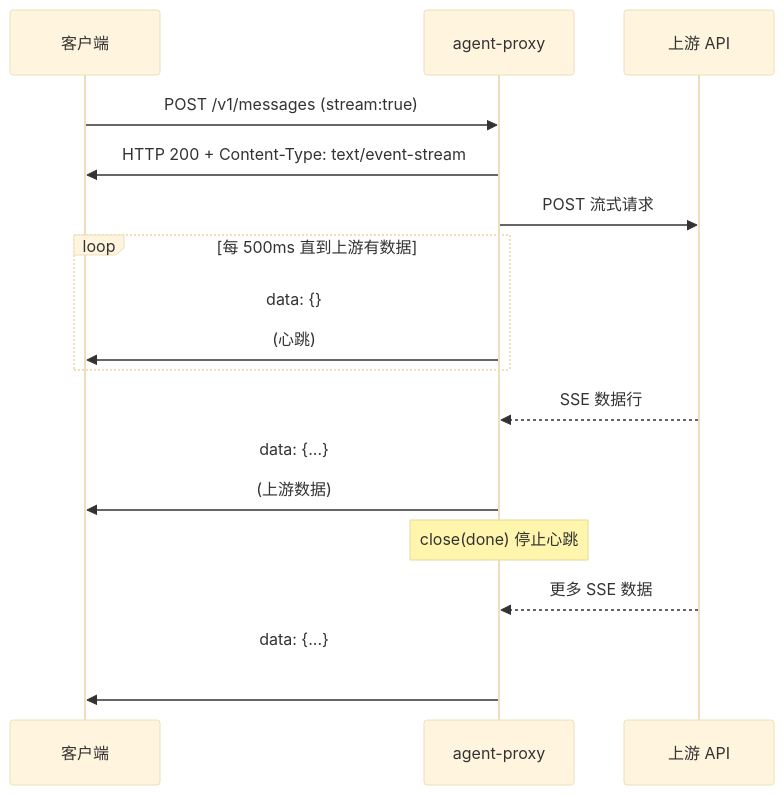
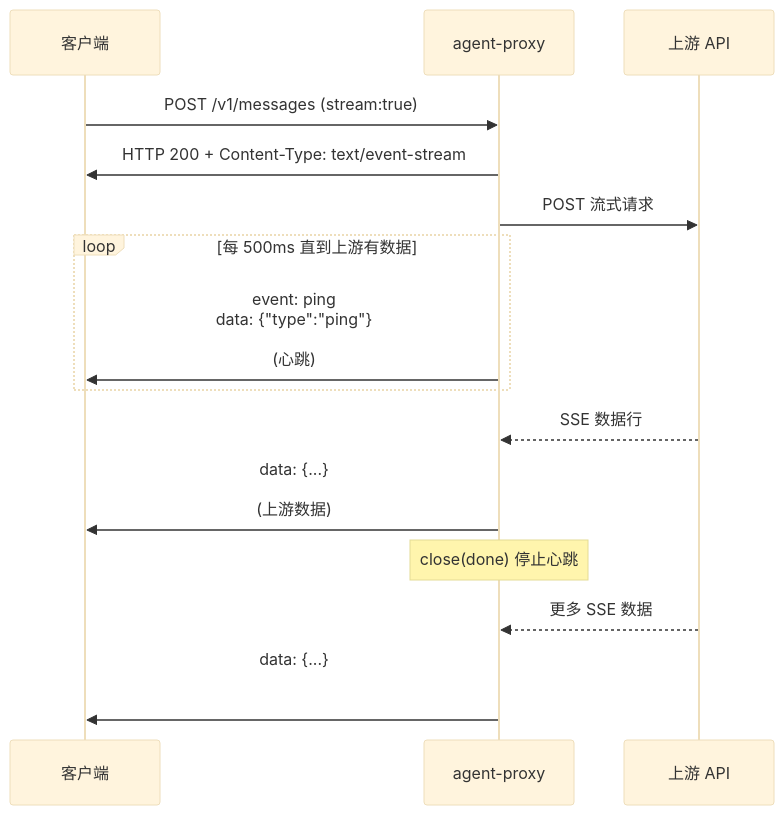
One commit to yejinlei/agent-proxy changed the ninth of 16 diagrams in docs/DESIGN.md. Above: the diagram before and after it, drawn with Mermaid (base theme). The commit also changed other lines of this file and 11 other files, not shown here.

First line of the commit message:
v0.2.79: fix Codex Responses SSE — rewrite TranslateStream with minimal event sequence

````diff
--- a/docs/DESIGN.md
+++ b/docs/DESIGN.md
@@ -243,18 +243,18 @@
 ```mermaid
 sequenceDiagram
     participant C as 客户端
     participant P as agent-proxy
     participant U as 上游 API
 
     C->>P: POST /v1/messages (stream:true)
     P->>C: HTTP 200 + Content-Type: text/event-stream
     P->>U: POST 流式请求
     loop 每 500ms 直到上游有数据
-        P->>C: data: {}<br/><br/>(心跳)
+        P->>C: event: ping<br/>data: {"type":"ping"}<br/><br/>(心跳)
     end
     U-->>P: SSE 数据行
     P->>C: data: {...}<br/><br/>(上游数据)
     Note over P: close(done) 停止心跳
     U-->>P: 更多 SSE 数据
     P->>C: data: {...}<br/><br/>
 ```
````
